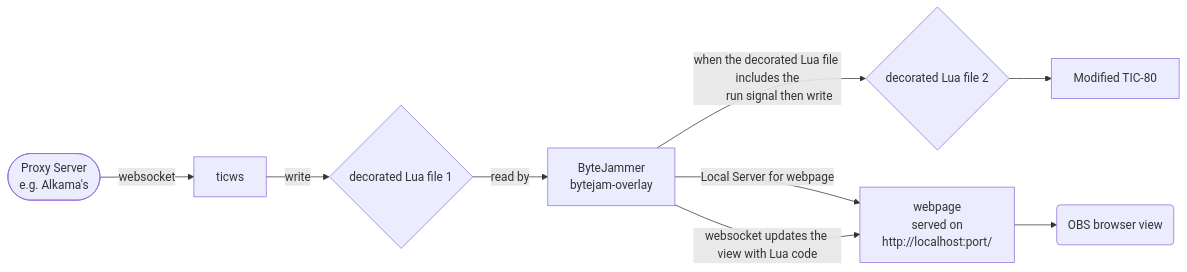
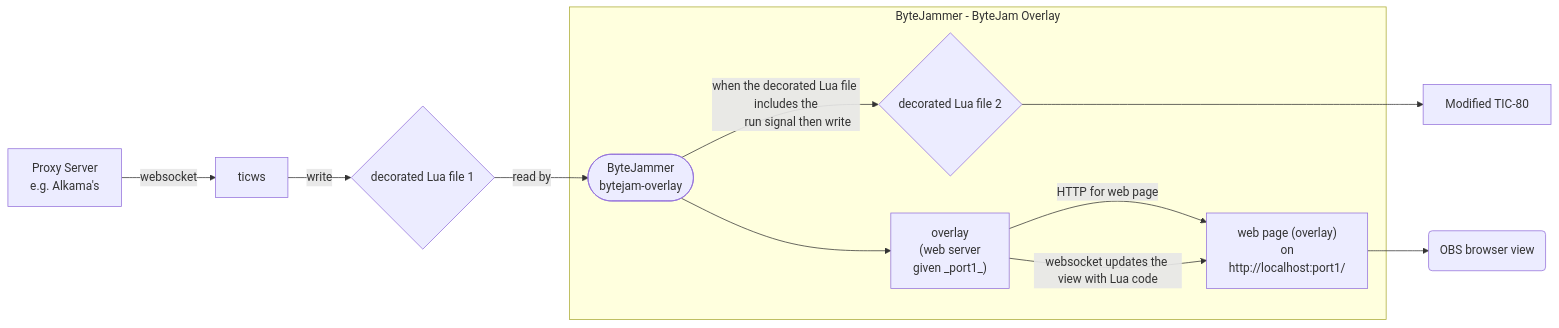
Before and after one commit to creativenucleus/bytejammer2: the first of 3 diagrams in readme.md, drawn with Mermaid. The commit also changed other lines of this file, not shown here.

````diff
--- a/readme.md
+++ b/readme.md
@@ -70,18 +70,24 @@
 ```mermaid
 flowchart LR
-    A([Proxy Server
+    _PS[Proxy Server
         e.g. Alkama's
-    ])
-    A --> |websocket| B[ticws]
-    B --> |write|C{decorated Lua file 1}
-    C --> |read by|D[ByteJammer
-        bytejam-overlay]
-    D --> |when the decorated Lua file includes the
-        run signal then write|E{decorated Lua file 2}
-    E --> H[Modified TIC-80]
-    D --> |Local Server for webpage|F[webpage
-        served on
-        http://localhost:port/]
-    D --> |websocket updates the view with Lua code|F
-    F --> G(OBS browser view)
+    ]
+    _PS --> |websocket| TWS[ticws]
+    TWS --> |write|DF1{decorated Lua file 1}
+    DF1 --> |read by|BJ([ByteJammer
+        bytejam-overlay])
+    subgraph "ByteJammer - ByteJam Overlay"
+    BJ --> |when the decorated Lua file includes the
+        run signal then write|DF2{decorated Lua file 2}
+    BJ --> WSO["overlay
+        (web server
+        given _port1_)"]
+    WSO --> |HTTP for web page|WSP["web page (overlay)
+        on
+        http://localhost:port1/
+        "]
+    WSO --> |websocket updates the view with Lua code|WSP
+    end
+    DF2 ---> TIC80[Modified TIC-80]
+    WSP --> OBS(OBS browser view)
 ```
````
